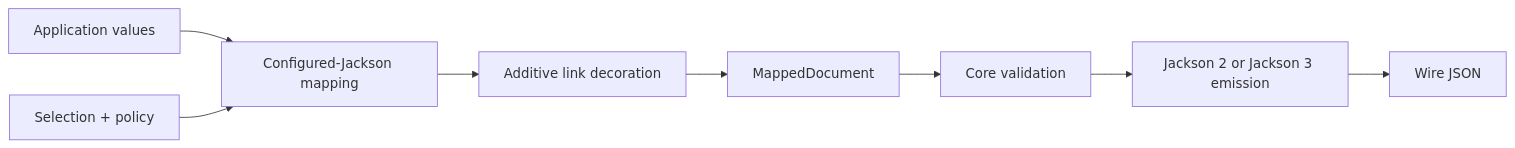
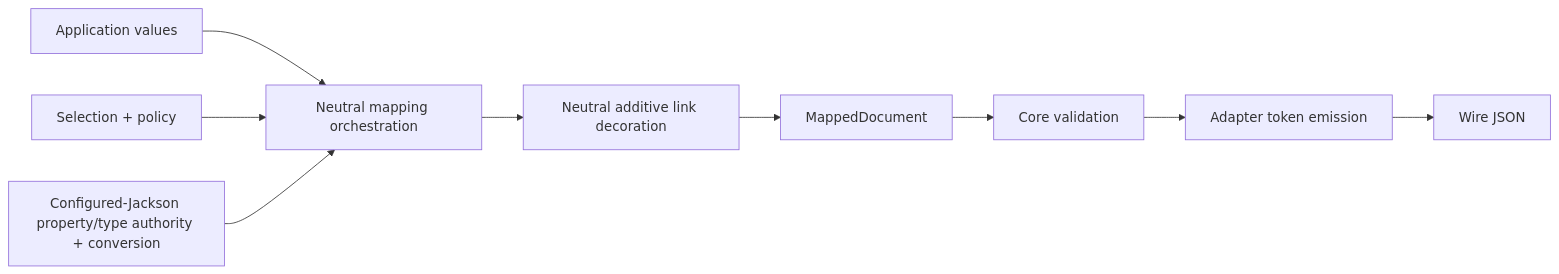
One commit to kazforge/jsonapi-java changed the second of 2 diagrams in docs/architecture.md. Above: the diagram before and after it, drawn with Mermaid. The commit also changed other lines of this file and 10 other files, not shown here.

Commit message:
docs(architecture): record responsibility-based mapping and native codecs

````diff
--- a/docs/architecture.md
+++ b/docs/architecture.md
@@ -124,10 +105,11 @@
 ```mermaid
 flowchart LR
-  APP["Application values"] --> MAP["Configured-Jackson mapping"]
+  APP["Application values"] --> MAP["Neutral mapping orchestration"]
   SELECT["Selection + policy"] --> MAP
-  MAP --> DECORATE["Additive link decoration"]
+  NATIVE["Configured-Jackson property/type authority + conversion"] --> MAP
+  MAP --> DECORATE["Neutral additive link decoration"]
   DECORATE --> MAPPED["MappedDocument"]
   MAPPED --> VALIDATE["Core validation"]
-  VALIDATE --> WRITE["Jackson 2 or Jackson 3 emission"]
+  VALIDATE --> WRITE["Adapter token emission"]
   WRITE --> JSON["Wire JSON"]
 ```
````
